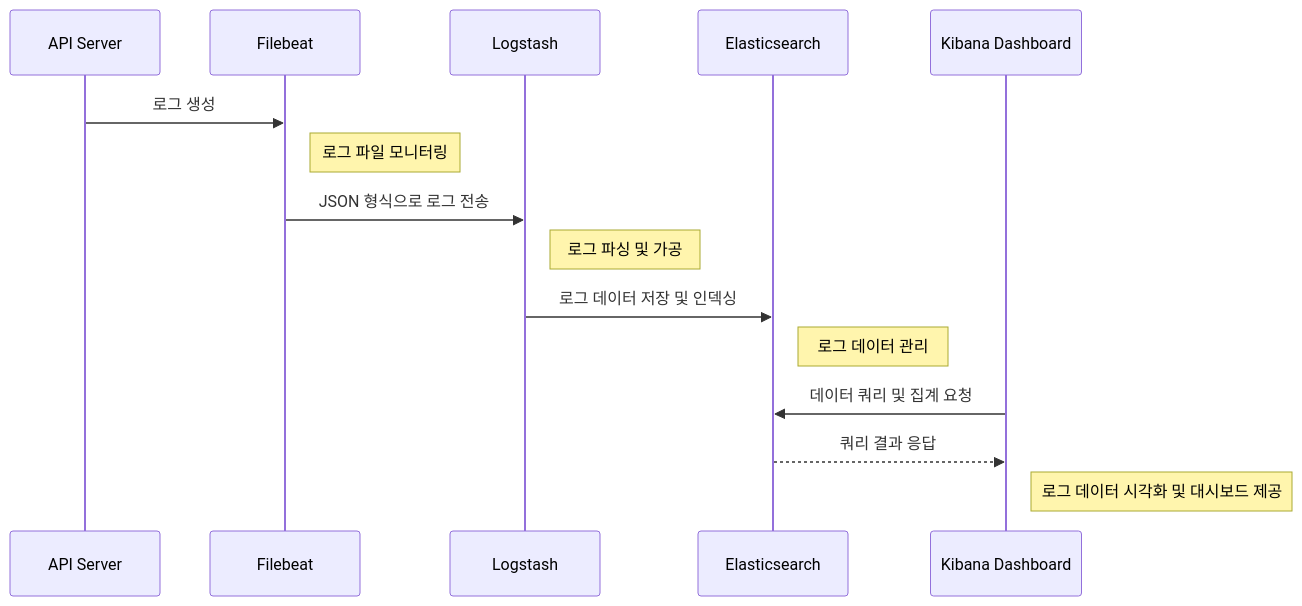
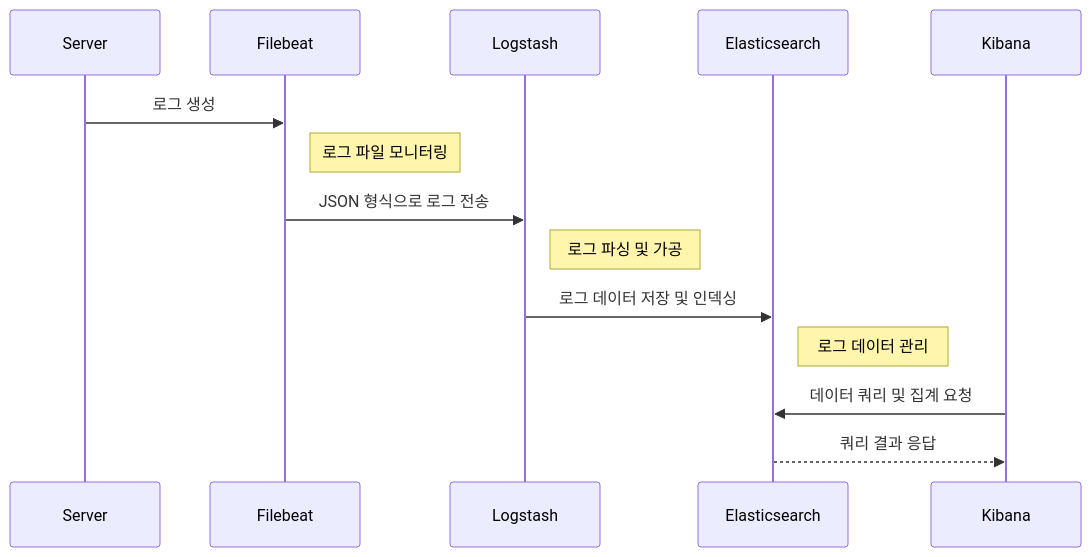
Before and after one commit to topyheun/event-monitoring: the first of 2 diagrams in README.md, drawn with Mermaid.

````diff
--- a/README.md
+++ b/README.md
@@ -27,17 +27,16 @@
 ```mermaid
 sequenceDiagram
-    participant api as API Server
+    participant server as Server
     participant filebeat as Filebeat
     participant logstash as Logstash
     participant elasticsearch as Elasticsearch
-    participant kibana as Kibana Dashboard
-    api ->> filebeat: 로그 생성
+    participant kibana as Kibana
+    server ->> filebeat: 로그 생성
     note right of filebeat: 로그 파일 모니터링
     filebeat ->> logstash: JSON 형식으로 로그 전송
     note right of logstash: 로그 파싱 및 가공
     logstash ->> elasticsearch: 로그 데이터 저장 및 인덱싱
     note right of elasticsearch: 로그 데이터 관리
     kibana ->> elasticsearch: 데이터 쿼리 및 집계 요청
     elasticsearch -->> kibana: 쿼리 결과 응답
-    note right of kibana: 로그 데이터 시각화 및 대시보드 제공
 ```    
````
